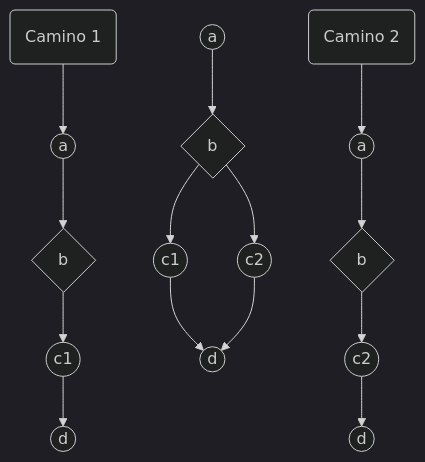
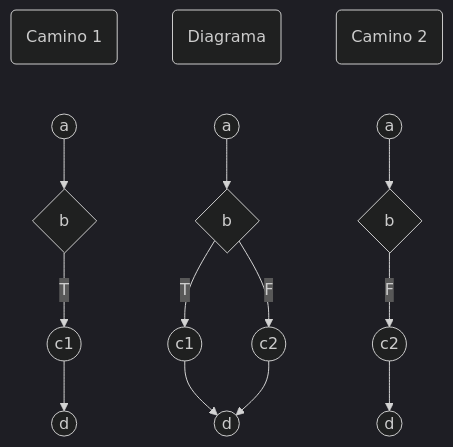
One commit to Mindusting/MindVault changed the fourth of 4 diagrams in knoledge/computer_science/programming/design/design_white_box.md. Above: the diagram before and after it, drawn with Mermaid (dark theme).

Commit message:
vault backup: 2026-05-14 13:18:27

````diff
--- a/knoledge/computer_science/programming/design/design_white_box.md
+++ b/knoledge/computer_science/programming/design/design_white_box.md
@@ -128,21 +128,22 @@
 ```mermaid
 flowchart TB
-    camino1("Camino 1") -->
+    camino1("Camino 1") ~~~
     cm1a(("a")) -->
-    cm1b{"b"} -->
+    cm1b{"b"} -- T -->
     cm1c(("c1")) -->
     cm1d(("d"))
 
+    di("Diagrama") ~~~
     a(("a")) -->
-    b{"b"} -->
+    b{"b"} -- T -->
     c1(("c1")) -->
     d(("d"))
-    b -->
+    b -- F -->
     c2(("c2")) --> d
 
-    camino2("Camino 2") -->
+    camino2("Camino 2") ~~~
     cm2a(("a")) -->
-    cm2b{"b"} -->
+    cm2b{"b"} -- F -->
     cm2c(("c2")) -->
     cm2d(("d"))
 ```
````
